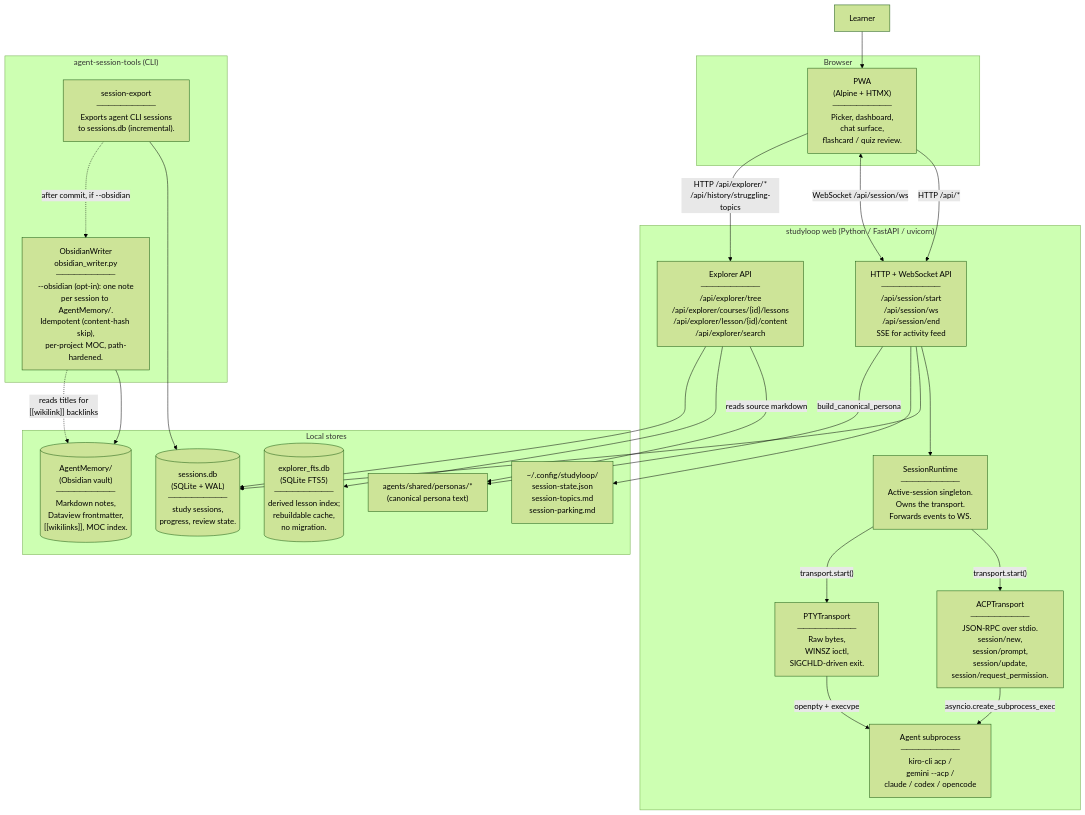
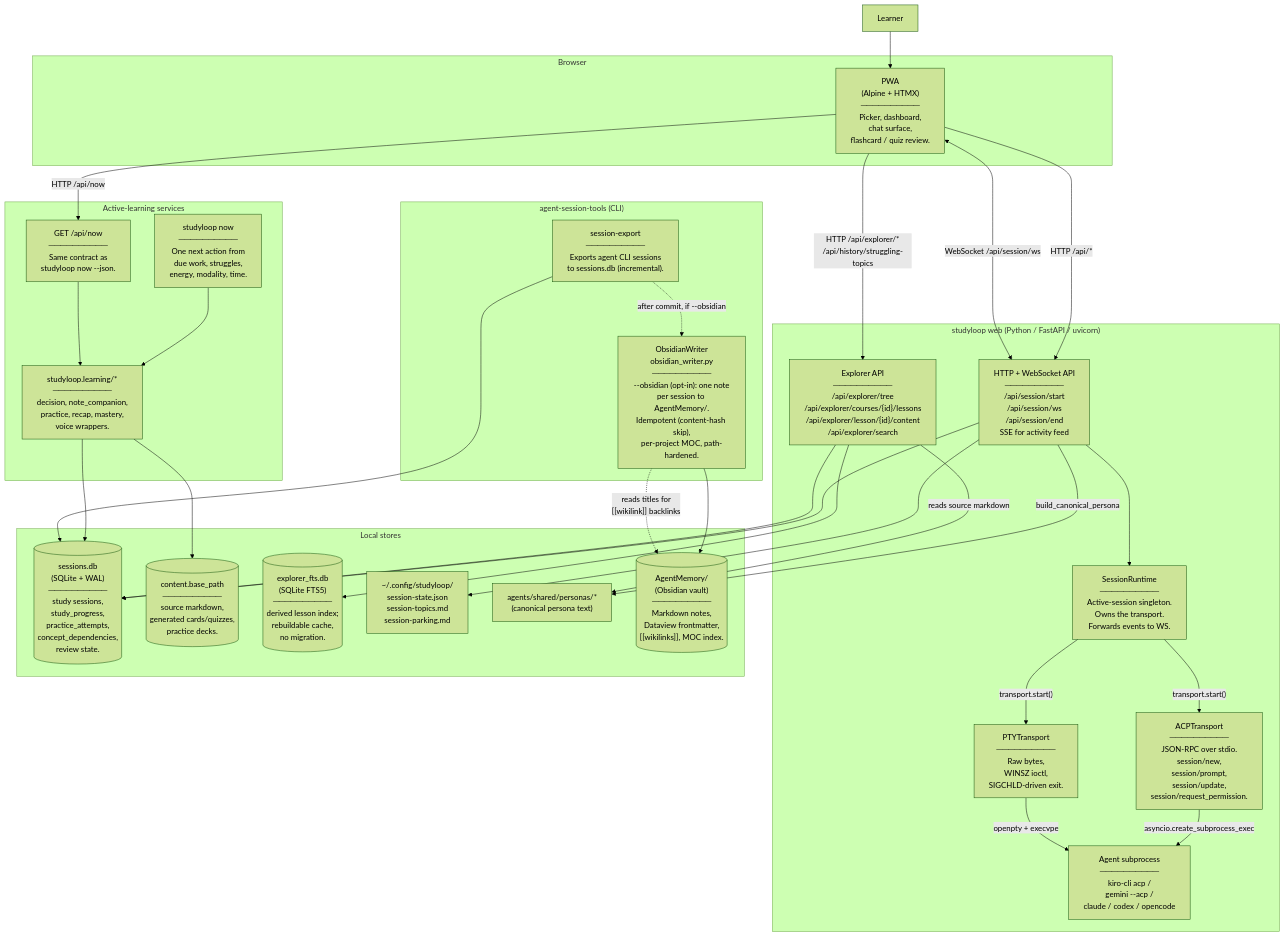
The second of 12 diagrams in docs/architecture/current.md (NetDevAutomate/StudyLoop), drawn with Mermaid (forest theme) before and after one commit. The commit also changed other lines of this file and 7 other files, not shown here.

Commit message:
docs: update architecture for active learning loops

````diff
--- a/docs/architecture/current.md
+++ b/docs/architecture/current.md
@@ -76,50 +76,62 @@
 ```mermaid
 flowchart TB
     Learner["Learner"]
 
     subgraph "Browser"
       PWA["PWA<br/>(Alpine + HTMX)<br/>──────────<br/>Picker, dashboard,<br/>chat surface,<br/>flashcard / quiz review."]
     end
 
     subgraph "studyloop web (Python / FastAPI / uvicorn)"
       API["HTTP + WebSocket API<br/>──────────<br/>/api/session/start<br/>/api/session/ws<br/>/api/session/end<br/>SSE for activity feed"]
       ExplorerAPI["Explorer API<br/>──────────<br/>/api/explorer/tree<br/>/api/explorer/courses/{id}/lessons<br/>/api/explorer/lesson/{id}/content<br/>/api/explorer/search"]
       Runtime["SessionRuntime<br/>──────────<br/>Active-session singleton.<br/>Owns the transport.<br/>Forwards events to WS."]
       ACP["ACPTransport<br/>──────────<br/>JSON-RPC over stdio.<br/>session/new,<br/>session/prompt,<br/>session/update,<br/>session/request_permission."]
       PTY["PTYTransport<br/>──────────<br/>Raw bytes,<br/>WINSZ ioctl,<br/>SIGCHLD-driven exit."]
       Agent["Agent subprocess<br/>──────────<br/>kiro-cli acp /<br/>gemini --acp /<br/>claude / codex / opencode"]
     end
 
     subgraph "Local stores"
-      DB[("sessions.db<br/>(SQLite + WAL)<br/>──────────<br/>study sessions,<br/>progress, review state.")]
+      DB[("sessions.db<br/>(SQLite + WAL)<br/>──────────<br/>study sessions,<br/>study_progress,<br/>practice_attempts,<br/>concept_dependencies,<br/>review state.")]
+      ContentBase[("content.base_path<br/>──────────<br/>source markdown,<br/>generated cards/quizzes,<br/>practice decks.")]
       FTS[("explorer_fts.db<br/>(SQLite FTS5)<br/>──────────<br/>derived lesson index;<br/>rebuildable cache,<br/>no migration.")]
       IPC["~/.config/studyloop/<br/>session-state.json<br/>session-topics.md<br/>session-parking.md"]
       Persona["agents/shared/personas/*<br/>(canonical persona text)"]
       AgentMemory[("AgentMemory/<br/>(Obsidian vault)<br/>──────────<br/>Markdown notes,<br/>Dataview frontmatter,<br/>[[wikilinks]], MOC index.")]
     end
 
     subgraph "agent-session-tools (CLI)"
       Export["session-export<br/>──────────<br/>Exports agent CLI sessions<br/>to sessions.db (incremental)."]
       ObsidianWriter["ObsidianWriter<br/>obsidian_writer.py<br/>──────────<br/>--obsidian (opt-in): one note<br/>per session to AgentMemory/.<br/>Idempotent (content-hash skip),<br/>per-project MOC, path-hardened."]
     end
 
+    subgraph "Active-learning services"
+      NowCLI["studyloop now<br/>──────────<br/>One next action from<br/>due work, struggles,<br/>energy, modality, time."]
+      LearningServices["studyloop.learning/*<br/>──────────<br/>decision, note_companion,<br/>practice, recap, mastery,<br/>voice wrappers."]
+      NowAPI["GET /api/now<br/>──────────<br/>Same contract as<br/>studyloop now --json."]
+    end
+
     Learner --> PWA
     PWA -->|"HTTP /api/*"| API
+    PWA -->|"HTTP /api/now"| NowAPI
     PWA <-->|"WebSocket /api/session/ws"| API
     PWA -->|"HTTP /api/explorer/*<br/>/api/history/struggling-topics"| ExplorerAPI
     API --> Runtime
     Runtime -->|"transport.start()"| ACP
     Runtime -->|"transport.start()"| PTY
     ACP -->|"asyncio.create_subprocess_exec"| Agent
     PTY -->|"openpty + execvpe"| Agent
     API --> DB
     API --> IPC
     API -->|"build_canonical_persona"| Persona
     ExplorerAPI -->|"reads source markdown"| Persona
     ExplorerAPI --> FTS
     ExplorerAPI --> DB
+    NowCLI --> LearningServices
+    NowAPI --> LearningServices
+    LearningServices --> DB
+    LearningServices --> ContentBase
     Export --> DB
     Export -.->|"after commit, if --obsidian"| ObsidianWriter
     ObsidianWriter --> AgentMemory
     ObsidianWriter -.->|"reads titles for<br/>[[wikilink]] backlinks"| AgentMemory
 ```
````
